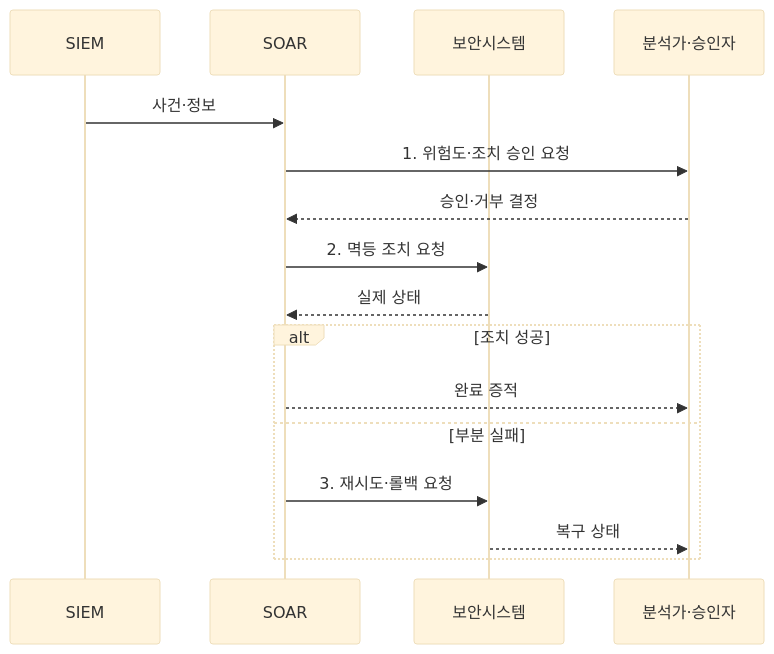
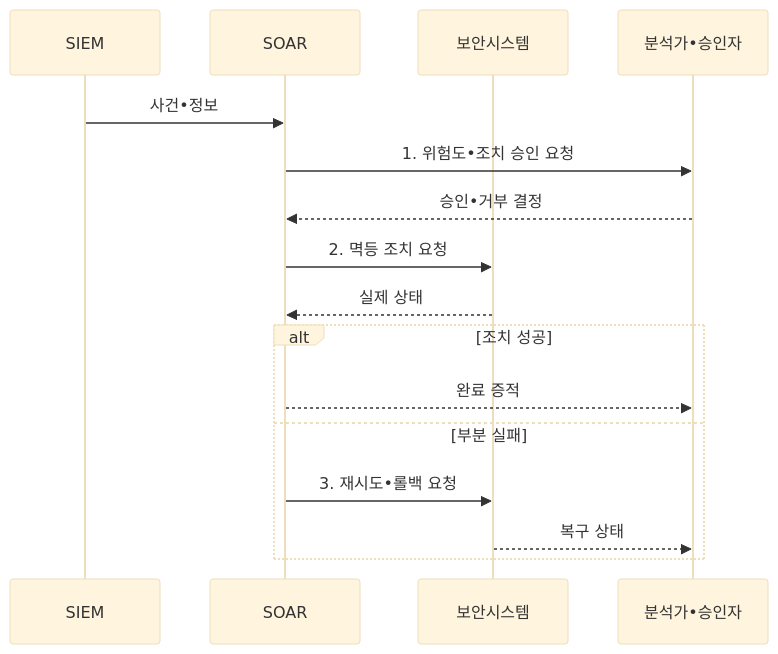
One commit to agnusdei1207/knowledge-base changed the second of 2 diagrams in src/content/docs/notes/05-security/036_soar.md. Above: the diagram before and after it, drawn with Mermaid (base theme). The commit also changed other lines of this file and 953 other files, not shown here.

````diff
--- a/src/content/docs/notes/05-security/036_soar.md
+++ b/src/content/docs/notes/05-security/036_soar.md
@@ -104,18 +104,18 @@
 ```mermaid
 sequenceDiagram
     participant SIEM
     participant SOAR
     participant 보안시스템
-    participant 분석가 as 분석가·승인자
-    SIEM->>SOAR: 사건·정보
-    SOAR->>분석가: 1. 위험도·조치 승인 요청
-    분석가-->>SOAR: 승인·거부 결정
+    participant 분석가 as 분석가•승인자
+    SIEM->>SOAR: 사건•정보
+    SOAR->>분석가: 1. 위험도•조치 승인 요청
+    분석가-->>SOAR: 승인•거부 결정
     SOAR->>보안시스템: 2. 멱등 조치 요청
     보안시스템-->>SOAR: 실제 상태
     alt 조치 성공
         SOAR-->>분석가: 완료 증적
     else 부분 실패
-        SOAR->>보안시스템: 3. 재시도·롤백 요청
+        SOAR->>보안시스템: 3. 재시도•롤백 요청
         보안시스템-->>분석가: 복구 상태
     end
 ```
````
